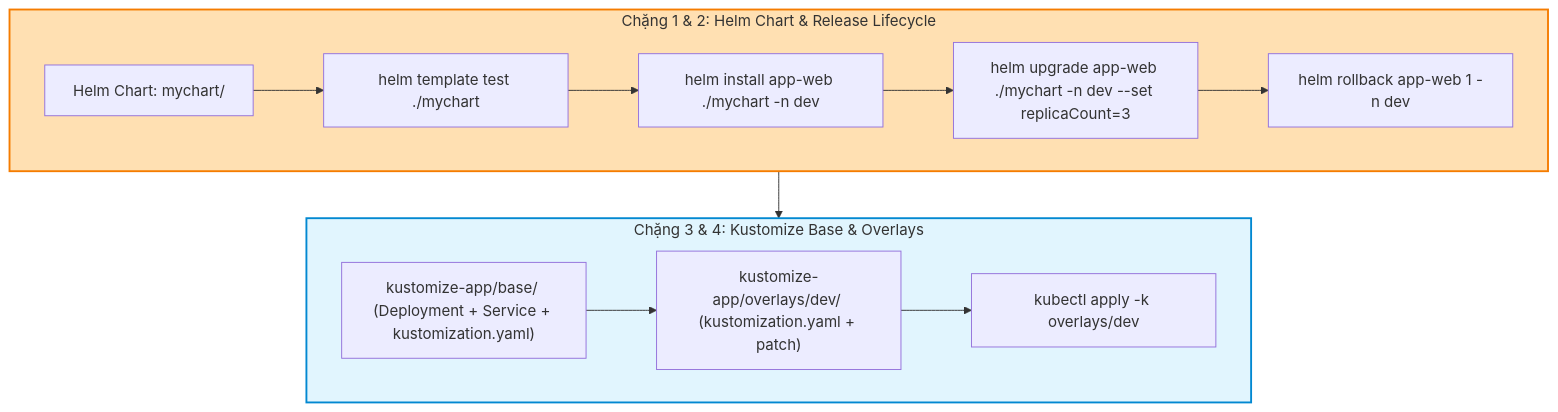
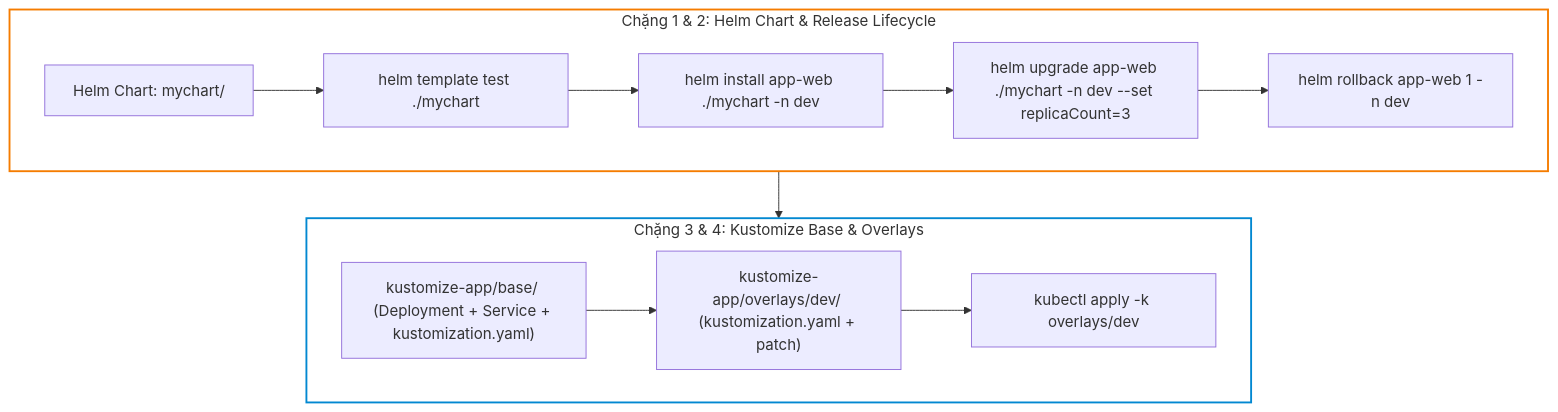
The third of 3 diagrams in _posts/2026-09-12-cka-13-13-helm-va-kustomize.md (kiennt308/ntk), drawn with Mermaid before and after one commit. The commit also changed other lines of this file and 207 other files, not shown here.

Commit message:
feat(posts): batch standardize all 208 posts with TL;DR, qa-card accordion, fill:none mermaid, and liquid raw wrappers

````diff
--- a/_posts/2026-09-12-cka-13-13-helm-va-kustomize.md
+++ b/_posts/2026-09-12-cka-13-13-helm-va-kustomize.md
@@ -501,19 +505,19 @@
 ```mermaid
 graph TD
     subgraph Helm_Section ["Chặng 1 & 2: Helm Chart & Release Lifecycle"]
         HC["Helm Chart: mychart/"] --> HT["helm template test ./mychart"]
         HT --> HI["helm install app-web ./mychart -n dev"]
         HI --> HU["helm upgrade app-web ./mychart -n dev --set replicaCount=3"]
         HU --> HR["helm rollback app-web 1 -n dev"]
     end
 
     subgraph Kustomize_Section ["Chặng 3 & 4: Kustomize Base & Overlays"]
         BASE["kustomize-app/base/ (Deployment + Service + kustomization.yaml)"] --> OVERLAY_DEV["kustomize-app/overlays/dev/ (kustomization.yaml + patch)"]
         OVERLAY_DEV --> K_APPLY["kubectl apply -k overlays/dev"]
     end
 
     Helm_Section --> Kustomize_Section
 
-    style Helm_Section fill:#ffe0b2,stroke:#f57c00,stroke-width:2px
-    style Kustomize_Section fill:#e1f5fe,stroke:#0288d1,stroke-width:2px
+    style Helm_Section fill:none,stroke:#f57c00,stroke-width:2px
+    style Kustomize_Section fill:none,stroke:#0288d1,stroke-width:2px
 ```
````
